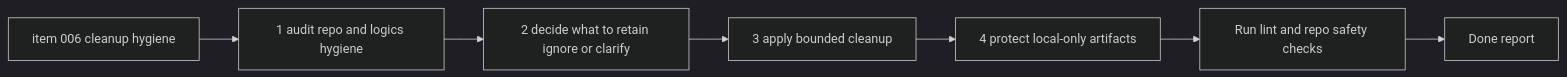
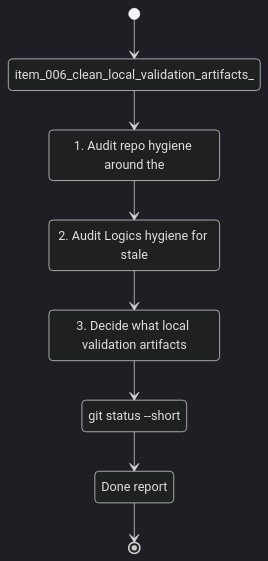
The diagram in logics/tasks/task_006_clean_local_validation_artifacts_and_logics_delivery_hygiene.md (Jilanos/Coach_garmin), drawn with Mermaid (dark theme) before and after one commit. The commit also changed other lines of this file and 86 other files, not shown here.

Commit message:
Harden chart UX and UTF-8 handling

````diff
--- a/logics/tasks/task_006_clean_local_validation_artifacts_and_logics_delivery_hygiene.md
+++ b/logics/tasks/task_006_clean_local_validation_artifacts_and_logics_delivery_hygiene.md
@@ -20,11 +21,18 @@
 ```mermaid
 %% logics-kind: task
 %% logics-signature: task|clean-local-validation-artifacts-and-log|item-006-clean-local-validation-artifact|1-audit-repo-hygiene-around-the|git-status-short
-flowchart LR
-    Backlog[item 006 cleanup hygiene] --> Step1[1 audit repo and logics hygiene]
-    Step1 --> Step2[2 decide what to retain ignore or clarify]
-    Step2 --> Step3[3 apply bounded cleanup]
-    Step3 --> Step4[4 protect local-only artifacts]
-    Step4 --> Validation[Run lint and repo safety checks]
-    Validation --> Report[Done report]
+stateDiagram-v2
+    state "item_006_clean_local_validation_artifacts_" as Backlog
+    state "1. Audit repo hygiene around the" as Scope
+    state "2. Audit Logics hygiene for stale" as Build
+    state "3. Decide what local validation artifacts" as Verify
+    state "git status --short" as Validation
+    state "Done report" as Report
+    [*] --> Backlog
+    Backlog --> Scope
+    Scope --> Build
+    Build --> Verify
+    Verify --> Validation
+    Validation --> Report
+    Report --> [*]
 ```
````
